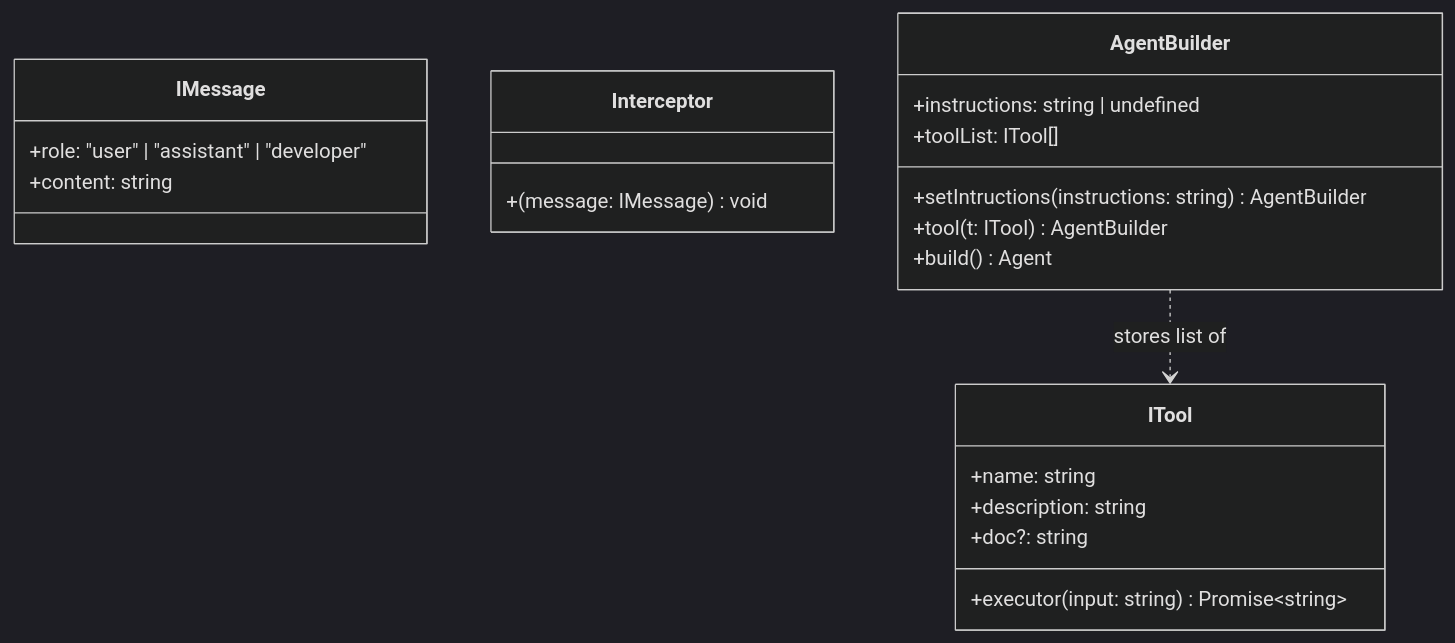
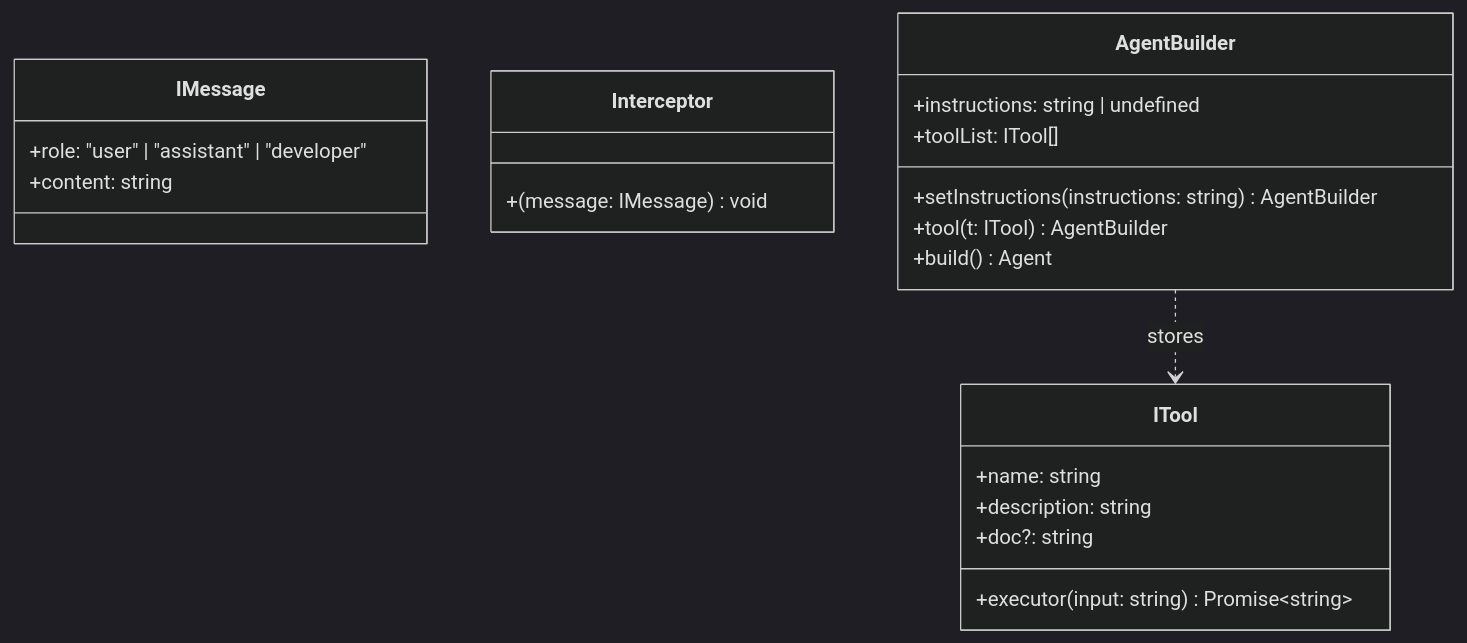
Before and after one commit to Amie-dev/Gen-AI-Cohort-2026: the diagram in week04/learning/day08/code/agent-sdk-sir/implementation guide/chapter-02-types-builder.md, drawn with Mermaid (dark theme). The commit also changed other lines of this file and 4 other files, not shown here.

````diff
--- a/week04/learning/day08/code/agent-sdk-sir/implementation guide/chapter-02-types-builder.md
+++ b/week04/learning/day08/code/agent-sdk-sir/implementation guide/chapter-02-types-builder.md
@@ -34,28 +113,29 @@
 ```mermaid
 classDiagram
+
     class IMessage {
         +role: "user" | "assistant" | "developer"
         +content: string
     }
 
     class ITool {
         +name: string
         +description: string
         +doc?: string
         +executor(input: string) Promise~string~
     }
 
     class Interceptor {
         +(message: IMessage) void
     }
 
     class AgentBuilder {
         +instructions: string | undefined
         +toolList: ITool[]
-        +setIntructions(instructions: string) AgentBuilder
+        +setInstructions(instructions: string) AgentBuilder
         +tool(t: ITool) AgentBuilder
         +build() Agent
     }
 
-    AgentBuilder ..> ITool : stores list of
+    AgentBuilder ..> ITool : stores
 ```
````
